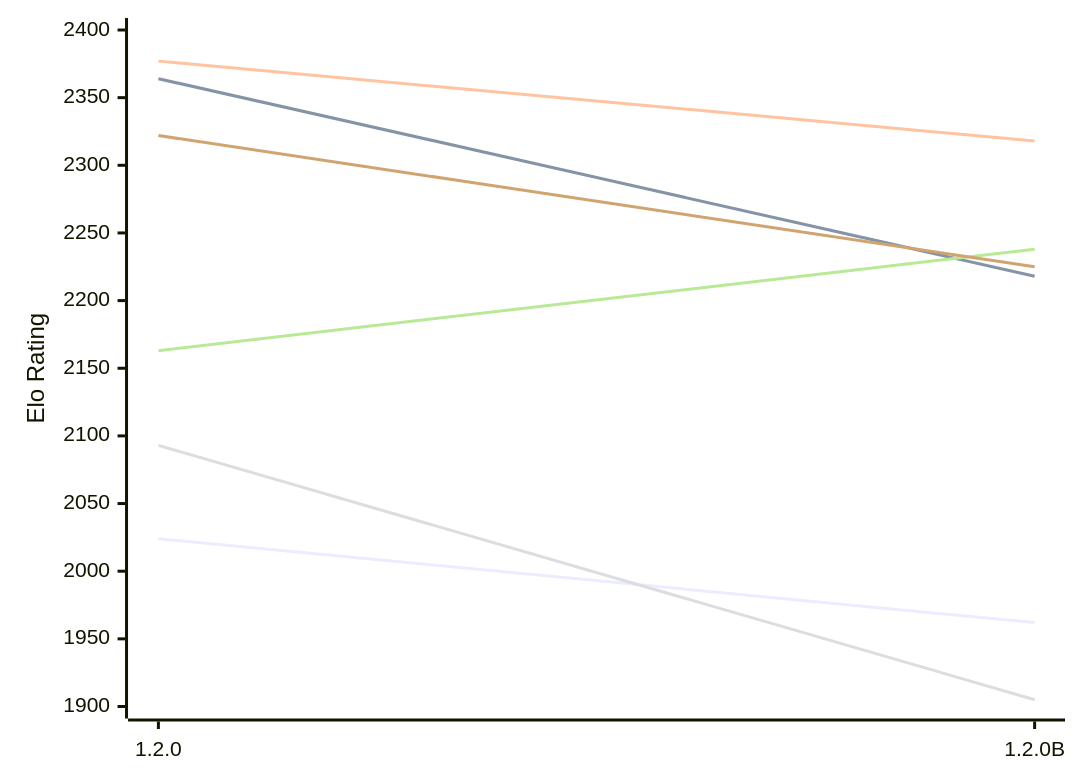
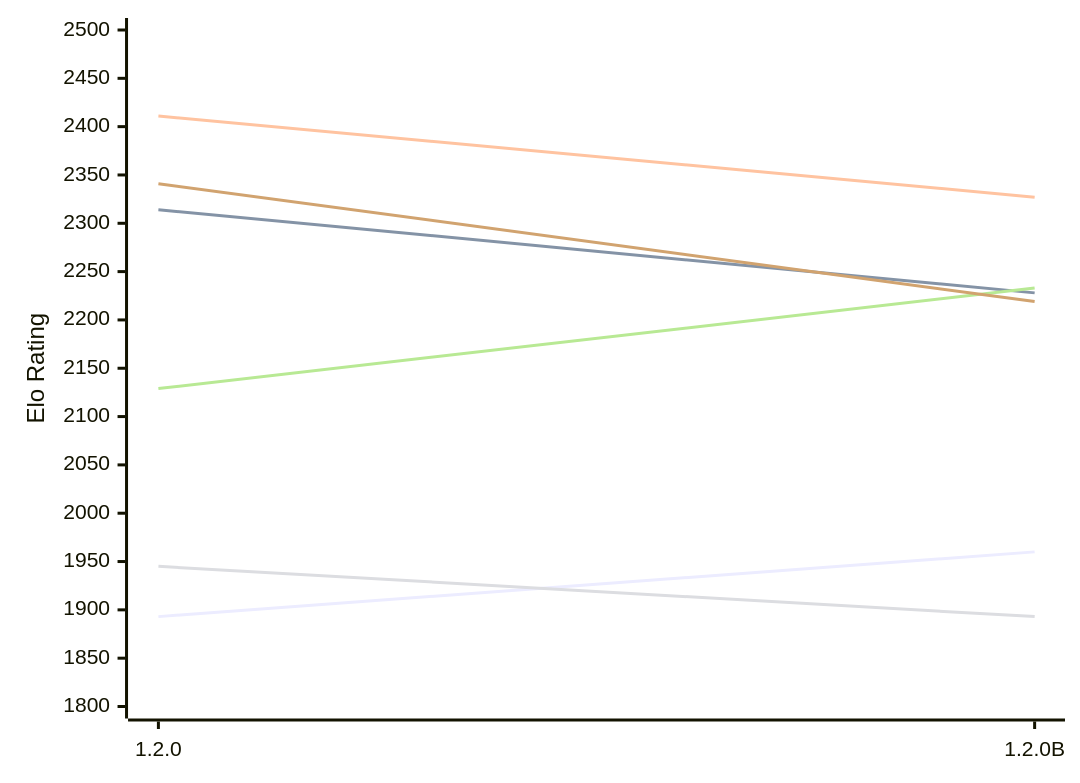
One commit to computer-chess-index/cci changed the first of 2 diagrams in engines/Soomi.md. Above: the diagram before and after it, drawn with Mermaid. The commit also changed other lines of this file, not shown here.

Commit message:
Update CCI Ratings (ELO VLTC) - 2026-11-14

````diff
--- a/engines/Soomi.md
+++ b/engines/Soomi.md
@@ -53,12 +53,12 @@
 ```mermaid
 %%{init: {"theme":"base","themeVariables":{"seriesColors:['#a3a3a3','#222221','#faa371']}}}%%
 xychart-beta
   x-axis ["1.2.0", "1.2.0B"]
-  y-axis "Elo Rating" 1900 --> 2400
-  line "E1: STC (8.0+0.08s)" [2024, 1962]
-  line "E1: LTC (60.0+0.60s)" [2364, 2218]
-  line "E1: VLTC (2m24s+1.12s)" [2377, 2318]
-  line "P1: STC (8.0+0.08s)" [2093, 1905]
-  line "P1: LTC (60.0+0.60s)" [2163, 2238]
-  line "P1: VLTC (2m24s+1.12s)" [2322, 2225]
+  y-axis "Elo Rating" 1800 --> 2500
+  line "E1: STC (8.0+0.08s)" [1893, 1960]
+  line "E1: LTC (60.0+0.60s)" [2314, 2228]
+  line "E1: VLTC (2m24s+1.12s)" [2411, 2327]
+  line "P1: STC (8.0+0.08s)" [1945, 1893]
+  line "P1: LTC (60.0+0.60s)" [2129, 2233]
+  line "P1: VLTC (2m24s+1.12s)" [2341, 2219]
 ```
````
